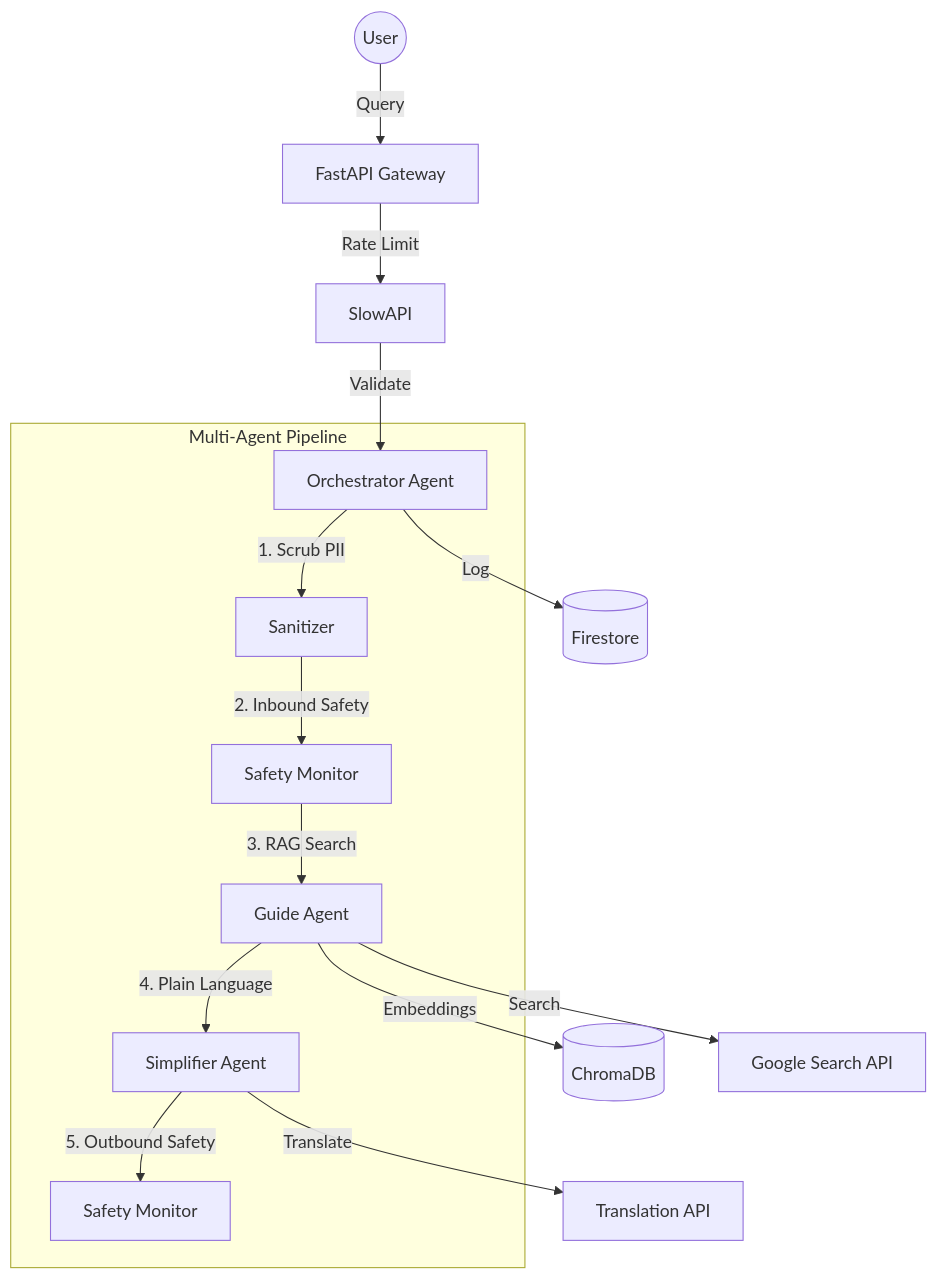
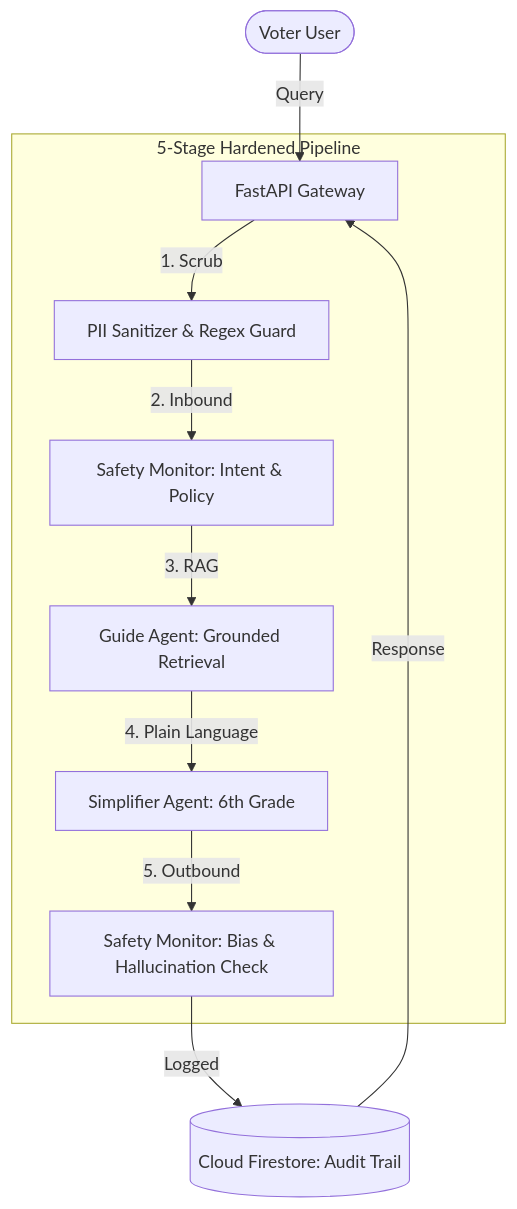
Before and after one commit to Mangesh22111997/AI_Election_Assistant: the diagram in README.md, drawn with Mermaid. The commit also changed other lines of this file and 2 other files, not shown here.

Commit message:
docs: finalize judge-ready README with architecture and compliance mapping

````diff
--- a/README.md
+++ b/README.md
@@ -90,19 +31,15 @@
 ```mermaid
 graph TD
-    User((User)) -->|Query| API[FastAPI Gateway]
-    API -->|Rate Limit| RL[SlowAPI]
-    RL -->|Validate| ORCH[Orchestrator Agent]
+    User([Voter User]) -->|Query| API[FastAPI Gateway]
     
-    subgraph "Multi-Agent Pipeline"
-        ORCH -->|1. Scrub PII| SCRUB[Sanitizer]
-        SCRUB -->|2. Inbound Safety| SM_IN[Safety Monitor]
-        SM_IN -->|3. RAG Search| GA[Guide Agent]
-        GA -->|4. Plain Language| SIMP[Simplifier Agent]
-        SIMP -->|5. Outbound Safety| SM_OUT[Safety Monitor]
+    subgraph "5-Stage Hardened Pipeline"
+        API -->|1. Scrub| Sanitizer[PII Sanitizer & Regex Guard]
+        Sanitizer -->|2. Inbound| SM_IN[Safety Monitor: Intent & Policy]
+        SM_IN -->|3. RAG| GA[Guide Agent: Grounded Retrieval]
+        GA -->|4. Plain Language| SIMP[Simplifier Agent: 6th Grade]
+        SIMP -->|5. Outbound| SM_OUT[Safety Monitor: Bias & Hallucination Check]
     end
     
-    GA -->|Embeddings| CHROMA[(ChromaDB)]
-    GA -->|Search| CSE[Google Search API]
-    ORCH -->|Log| FIRE[(Firestore)]
-    SIMP -->|Translate| TRANS[Translation API]
+    SM_OUT -->|Logged| Audit[(Cloud Firestore: Audit Trail)]
+    Audit -->|Response| API
 ```
````
